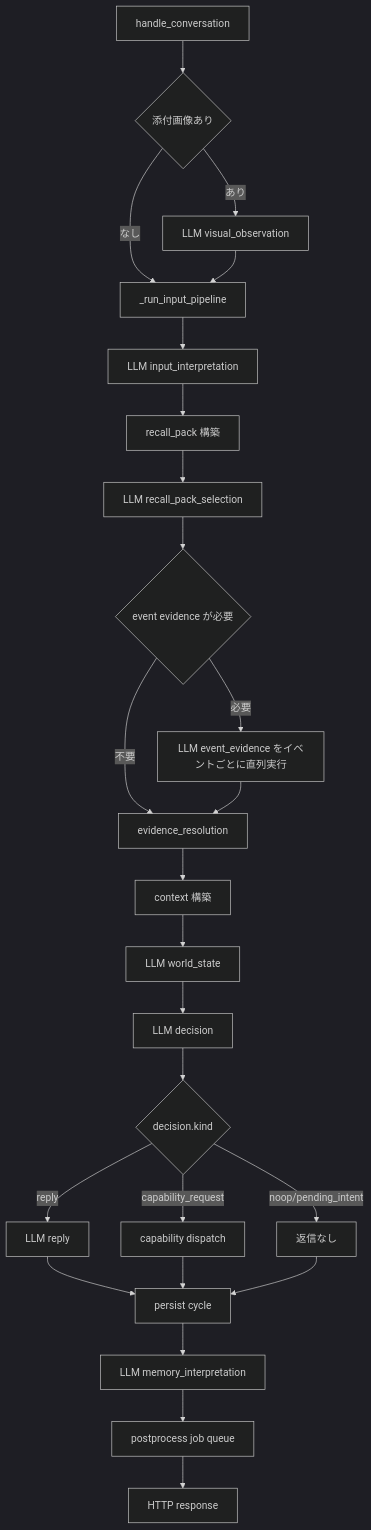
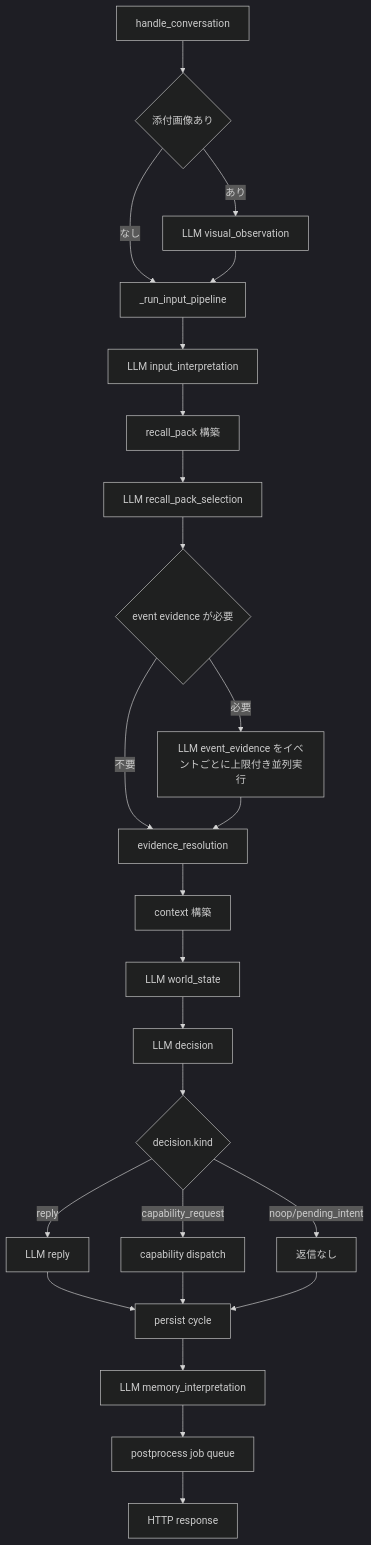
One commit to hirona98/OtomeKairo changed the diagram in docs/LLM呼び出し実行フロー調査.md. Above: the diagram before and after it, drawn with Mermaid (dark theme). The commit also changed other lines of this file and 3 other files, not shown here.

Commit message:
event_evidence を並列化する

````diff
--- a/docs/LLM呼び出し実行フロー調査.md
+++ b/docs/LLM呼び出し実行フロー調査.md
@@ -29,27 +29,27 @@
 ```mermaid
 flowchart TD
     A[handle_conversation] --> B{添付画像あり}
     B -- あり --> C[LLM visual_observation]
     B -- なし --> D[_run_input_pipeline]
     C --> D
     D --> E[LLM input_interpretation]
     E --> F[recall_pack 構築]
     F --> G[LLM recall_pack_selection]
     G --> H{event evidence が必要}
-    H -- 必要 --> I[LLM event_evidence をイベントごとに直列実行]
+    H -- 必要 --> I[LLM event_evidence をイベントごとに上限付き並列実行]
     H -- 不要 --> J[evidence_resolution]
     I --> J
     J --> K[context 構築]
     K --> L[LLM world_state]
     L --> M[LLM decision]
     M --> N{decision.kind}
     N -- reply --> O[LLM reply]
     N -- capability_request --> P[capability dispatch]
     N -- noop/pending_intent --> Q[返信なし]
     O --> R[persist cycle]
     P --> R
     Q --> R
     R --> S[LLM memory_interpretation]
     S --> T[postprocess job queue]
     T --> U[HTTP response]
 ```
````
